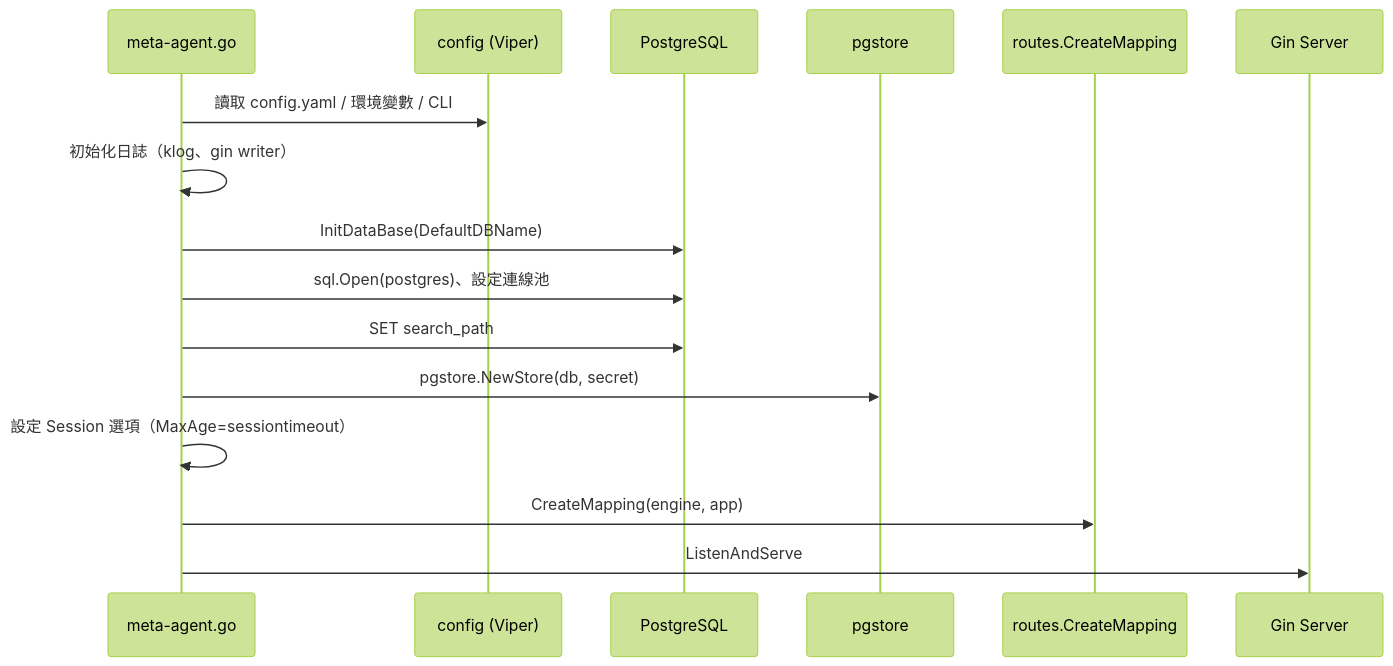
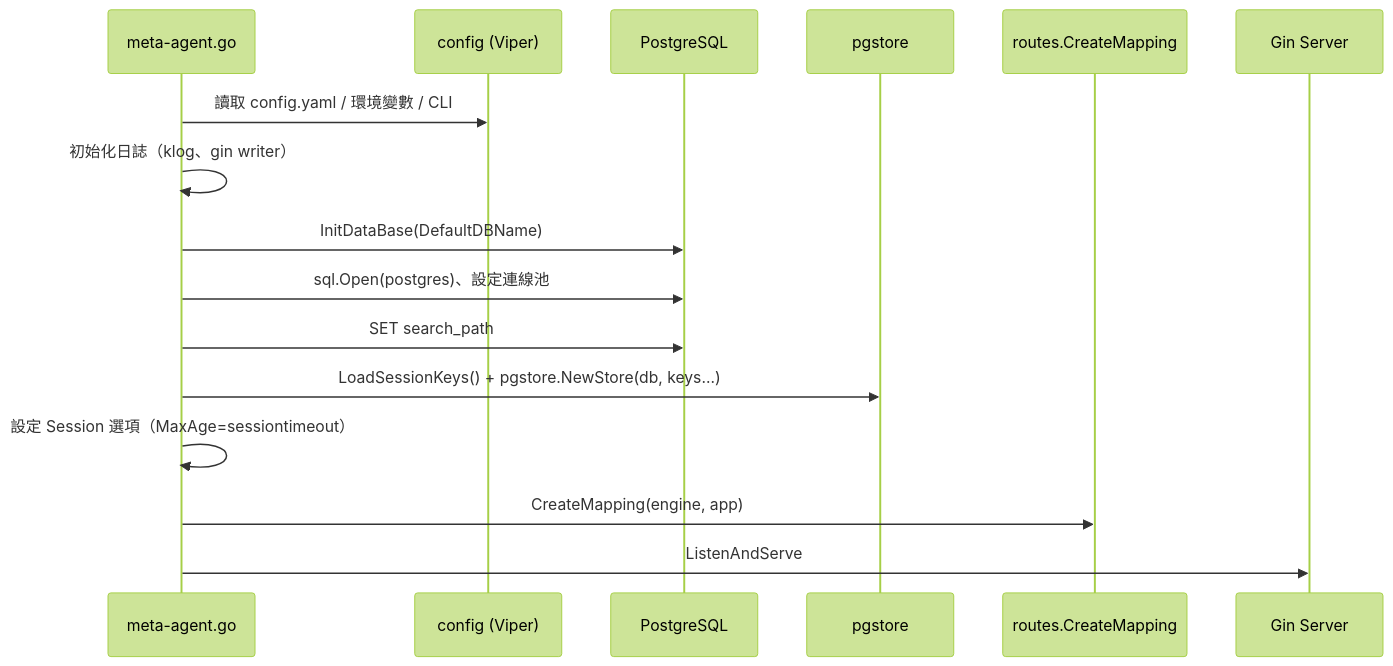
One commit to PochengChen-del/EdgeViewDoc changed the first of 3 diagrams in SDS/04_Metadata_Service_Design.md. Above: the diagram before and after it, drawn with Mermaid (forest theme). The commit also changed other lines of this file and 11 other files, not shown here.

Commit message:
fix(security): remediate R-001/R-002/R-003 session secret, TLS bypass and queryrecord

````diff
--- a/SDS/04_Metadata_Service_Design.md
+++ b/SDS/04_Metadata_Service_Design.md
@@ -36,19 +36,19 @@
 ```mermaid
 sequenceDiagram
     participant Main as meta-agent.go
     participant Cfg as config (Viper)
     participant DB as PostgreSQL
     participant Sess as pgstore
     participant Routes as routes.CreateMapping
     participant HTTP as Gin Server
 
     Main->>Cfg: 讀取 config.yaml / 環境變數 / CLI
     Main->>Main: 初始化日誌（klog、gin writer）
     Main->>DB: InitDataBase(DefaultDBName)
     Main->>DB: sql.Open(postgres)、設定連線池
     Main->>DB: SET search_path
-    Main->>Sess: pgstore.NewStore(db, secret)
+    Main->>Sess: LoadSessionKeys() + pgstore.NewStore(db, keys...)
     Main->>Main: 設定 Session 選項（MaxAge=sessiontimeout）
     Main->>Routes: CreateMapping(engine, app)
     Main->>HTTP: ListenAndServe
 ```
````
